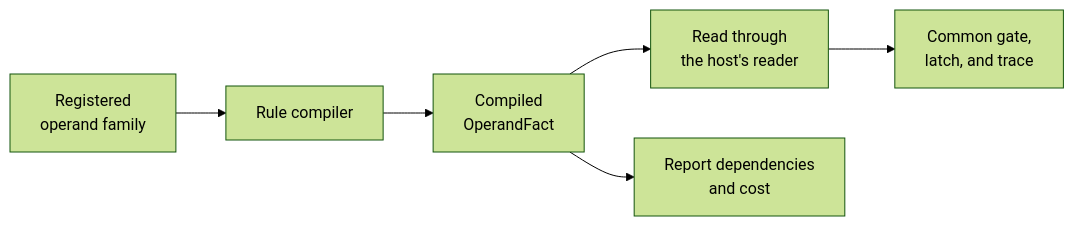
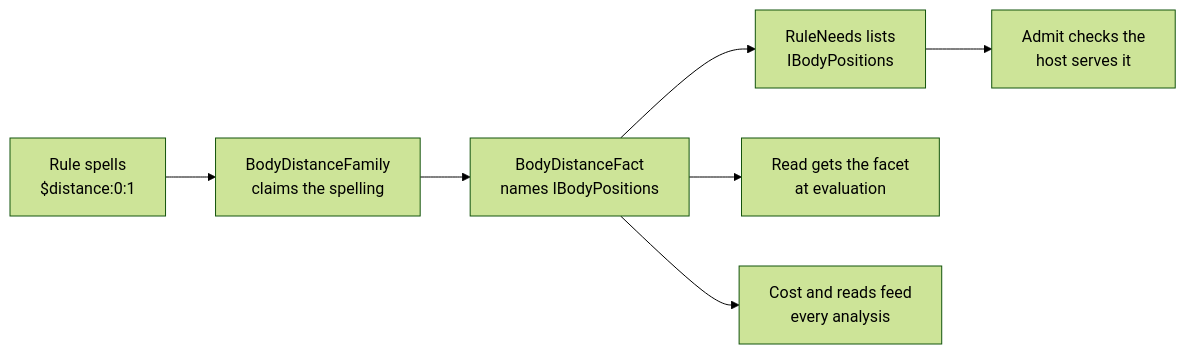
The diagram in docs/reference/state/hosting.md (ByteTerrace/Puck), drawn with Mermaid (forest theme) before and after one commit. The commit also changed other lines of this file and 4567 other files, not shown here.

````diff
--- a/docs/reference/state/hosting.md
+++ b/docs/reference/state/hosting.md
@@ -53,8 +294,9 @@
 ```mermaid
 flowchart LR
-    Family["Registered<br/>operand family"] --> Compiler["Rule compiler"]
-    Compiler --> Fact["Compiled<br/>OperandFact"]
-    Fact --> Evaluate["Read through<br/>the host's reader"]
-    Fact --> Analyses["Report dependencies<br/>and cost"]
-    Evaluate --> Gate["Common gate,<br/>latch, and trace"]
+    A["Rule spells<br/>$distance:0:1"] --> B["BodyDistanceFamily<br/>claims the spelling"]
+    B --> C["BodyDistanceFact<br/>names IBodyPositions"]
+    C --> D["RuleNeeds lists<br/>IBodyPositions"]
+    D --> E["Admit checks the<br/>host serves it"]
+    C --> F["Read gets the facet<br/>at evaluation"]
+    C --> G["Cost and reads feed<br/>every analysis"]
 ```
````
